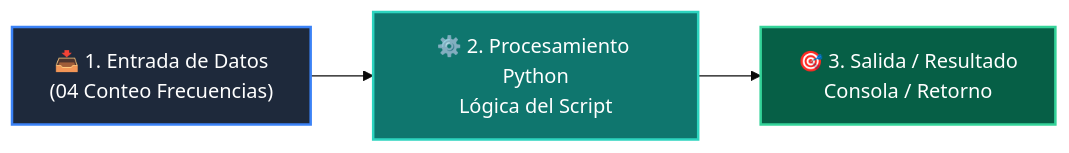
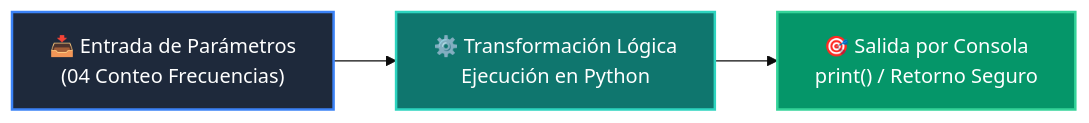
Before and after one commit to wisrovi/wisrovi-python: the diagram in 01-fundamentos-python/clase-06-diccionarios/ejemplos/ejemplo_04_conteo_frecuencias/README.md, drawn with Mermaid (base theme). The commit also changed other lines of this file and 226 other files, not shown here.

Commit message:
docs: elevate all repository READMEs to world-class mastery standard with rich pedagogical architecture, custom Mermaids, and professional styling

````diff
--- a/01-fundamentos-python/clase-06-diccionarios/ejemplos/ejemplo_04_conteo_frecuencias/README.md
+++ b/01-fundamentos-python/clase-06-diccionarios/ejemplos/ejemplo_04_conteo_frecuencias/README.md
@@ -12,9 +19,9 @@
 ```mermaid
 flowchart LR
-    A["📥 1. Entrada de Datos<br/>(04 Conteo Frecuencias)"] --> B["⚙️ 2. Procesamiento Python<br/>Lógica del Script"]
-    B --> C["🎯 3. Salida / Resultado<br/>Consola / Retorno"]
+    A["📥 Entrada de Parámetros<br/>(04 Conteo Frecuencias)"] --> B["⚙️ Transformación Lógica<br/>Ejecución en Python"]
+    B --> C["🎯 Salida por Consola<br/>print() / Retorno Seguro"]
 
-    style A fill:#1e293b,color:#fff,stroke:#3b82f6,stroke-width:2px
-    style B fill:#0f766e,color:#fff,stroke:#2dd4bf,stroke-width:2px
-    style C fill:#065f46,color:#fff,stroke:#34d399,stroke-width:2px
+    style A fill:#1e293b,color:#ffffff,stroke:#3b82f6,stroke-width:2px
+    style B fill:#0f766e,color:#ffffff,stroke:#2dd4bf,stroke-width:2px
+    style C fill:#059669,color:#ffffff,stroke:#34d399,stroke-width:2px
 ```
````
